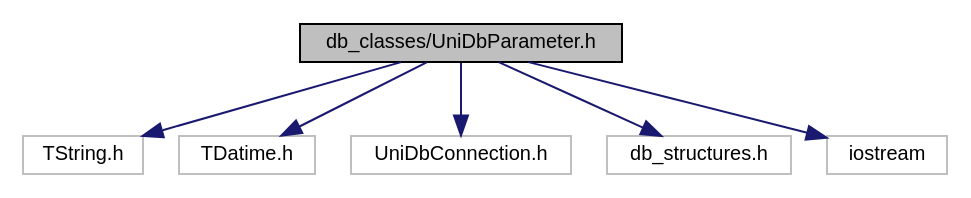
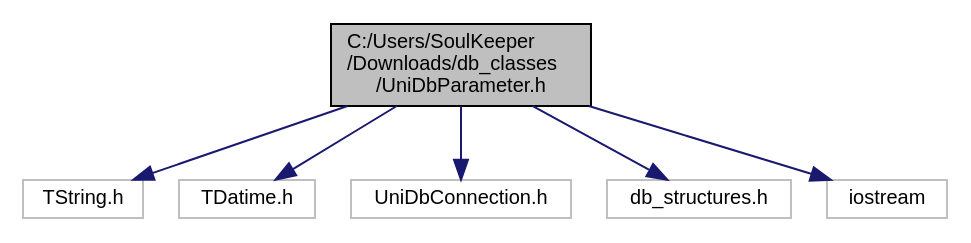
Before and after one commit to mam-mih-val/bmnroot: the diagram in uni_db/docs/ref_man/_uni_db_parameter_8h__incl.dot, drawn with Graphviz. The commit also changed 142 other files, not shown here.

```diff
--- a/uni_db/docs/ref_man/_uni_db_parameter_8h__incl.dot
+++ b/uni_db/docs/ref_man/_uni_db_parameter_8h__incl.dot
@@ -1,16 +1,16 @@
-digraph "db_classes/UniDbParameter.h"
+digraph "C:/Users/SoulKeeper/Downloads/db_classes/UniDbParameter.h"
 {
   edge [fontname="Helvetica",fontsize="10",labelfontname="Helvetica",labelfontsize="10"];
   node [fontname="Helvetica",fontsize="10",shape=record];
-  Node1 [label="db_classes/UniDbParameter.h",height=0.2,width=0.4,color="black", fillcolor="grey75", style="filled", fontcolor="black"];
+  Node1 [label="C:/Users/SoulKeeper\l/Downloads/db_classes\l/UniDbParameter.h",height=0.2,width=0.4,color="black", fillcolor="grey75", style="filled", fontcolor="black"];
   Node1 -> Node2 [color="midnightblue",fontsize="10",style="solid",fontname="Helvetica"];
   Node2 [label="TString.h",height=0.2,width=0.4,color="grey75", fillcolor="white", style="filled"];
   Node1 -> Node3 [color="midnightblue",fontsize="10",style="solid",fontname="Helvetica"];
   Node3 [label="TDatime.h",height=0.2,width=0.4,color="grey75", fillcolor="white", style="filled"];
   Node1 -> Node4 [color="midnightblue",fontsize="10",style="solid",fontname="Helvetica"];
   Node4 [label="UniDbConnection.h",height=0.2,width=0.4,color="grey75", fillcolor="white", style="filled"];
   Node1 -> Node5 [color="midnightblue",fontsize="10",style="solid",fontname="Helvetica"];
   Node5 [label="db_structures.h",height=0.2,width=0.4,color="grey75", fillcolor="white", style="filled"];
   Node1 -> Node6 [color="midnightblue",fontsize="10",style="solid",fontname="Helvetica"];
   Node6 [label="iostream",height=0.2,width=0.4,color="grey75", fillcolor="white", style="filled"];
 }
```
